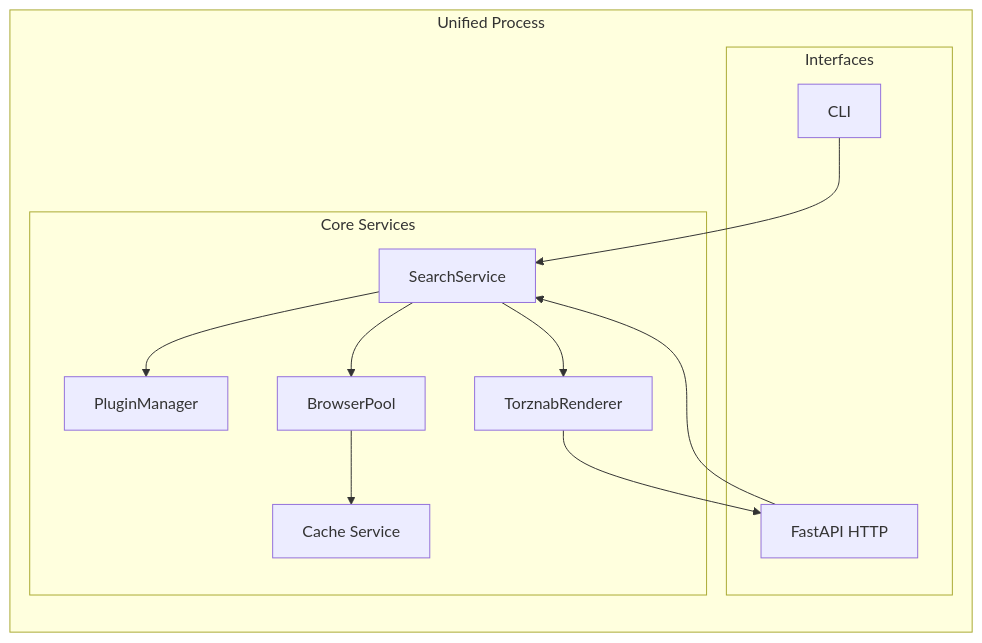
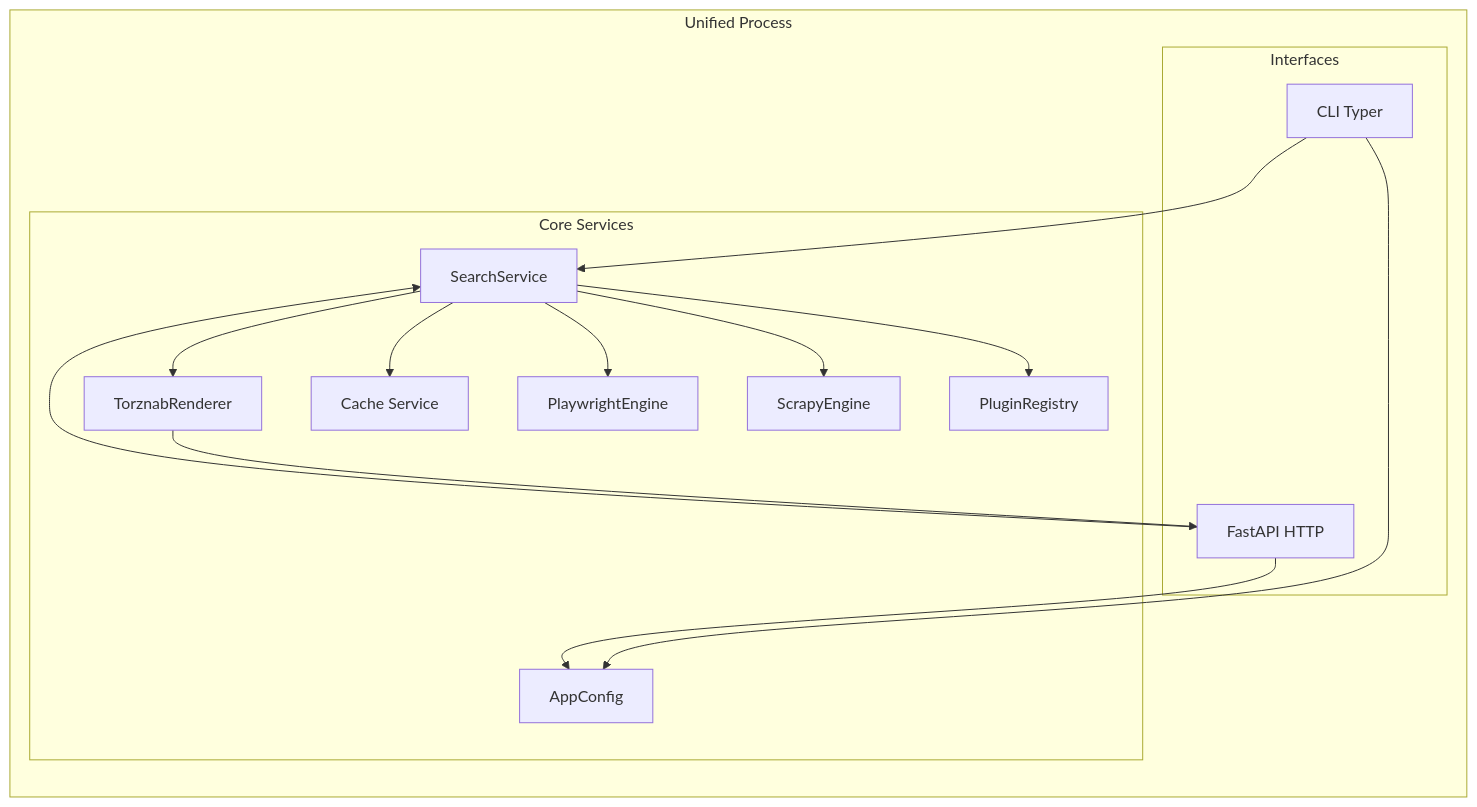
One commit to Strob0t/Scavengarr changed the first of 3 diagrams in ARCHITECTURE.md. Above: the diagram before and after it, drawn with Mermaid. The commit also changed other lines of this file and 43 other files, not shown here.

Commit message:
added config and plugin loader

````diff
--- a/ARCHITECTURE.md
+++ b/ARCHITECTURE.md
@@ -100,24 +228,29 @@
 ```mermaid
 graph TD
   subgraph "Unified Process"
     direction TB
     subgraph "Interfaces"
-      CLI[CLI] 
+      CLI[CLI Typer] 
       HTTP[FastAPI HTTP]
     end
     subgraph "Core Services"
-      PLM[PluginManager]
+      CFG[AppConfig]
+      REG[PluginRegistry]
+      SE[ScrapyEngine]
+      PE[PlaywrightEngine]
+      SS[SearchService]
+      TR[TorznabRenderer]
       CS[Cache Service]
-      BP[BrowserPool]
-      SR[SearchService]
-      TR[TorznabRenderer]
     end
-    CLI --> SR
-    HTTP --> SR
-    SR --> PLM
-    SR --> BP
-    BP --> CS
-    SR --> TR
+    CLI --> CFG
+    HTTP --> CFG
+    CLI --> SS
+    HTTP --> SS
+    SS --> REG
+    SS --> SE
+    SS --> PE
+    SS --> CS
+    SS --> TR
     TR --> HTTP
   end
 ```
````
